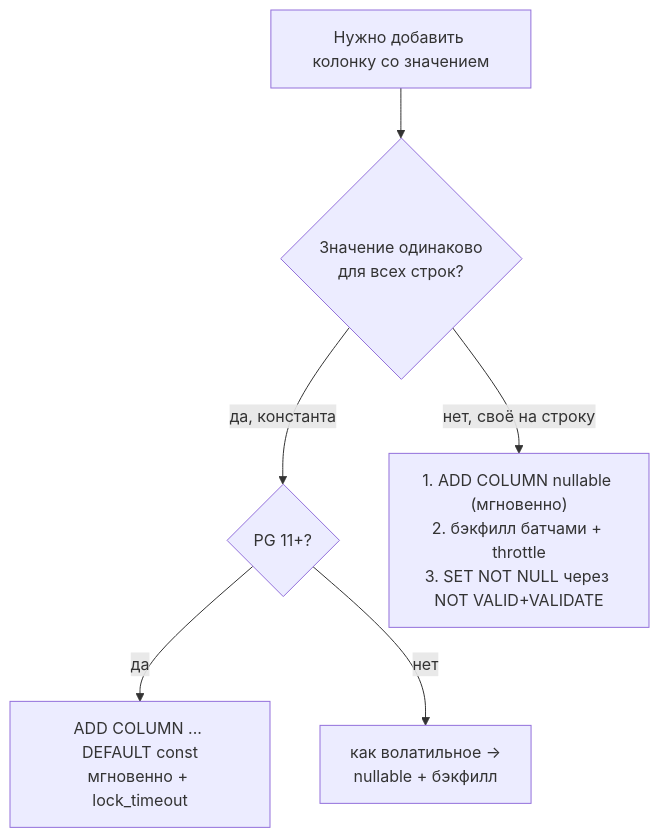
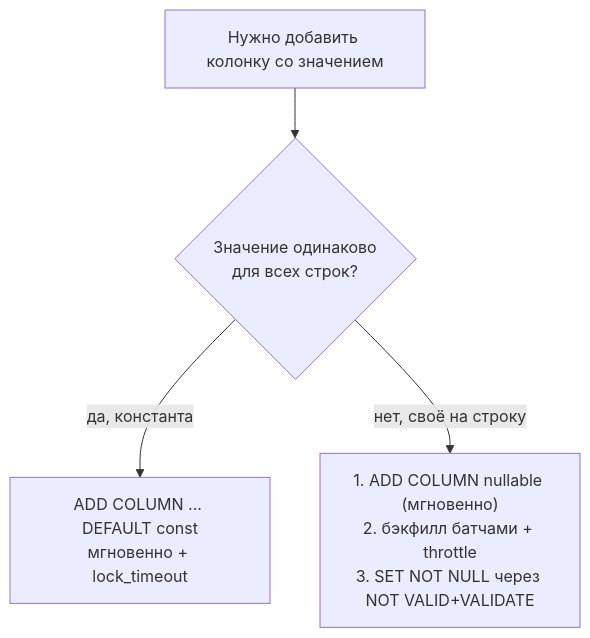
The diagram in docs/senior-golang-study/06-databases/database-systems-catalog/postgresql/highload-scenarios/05-online-schema-migration.md (fev0ks/LearnGoLang), drawn with Mermaid before and after one commit. The commit also changed other lines of this file and 14 other files, not shown here.

````diff
--- a/docs/senior-golang-study/06-databases/database-systems-catalog/postgresql/highload-scenarios/05-online-schema-migration.md
+++ b/docs/senior-golang-study/06-databases/database-systems-catalog/postgresql/highload-scenarios/05-online-schema-migration.md
@@ -198,8 +196,6 @@
 ```mermaid
 graph TD
     A["Нужно добавить колонку со значением"] --> B{"Значение одинаково<br/>для всех строк?"}
-    B -->|"да, константа"| C{"PG 11+?"}
-    C -->|да| D["ADD COLUMN ... DEFAULT const<br/>мгновенно + lock_timeout"]
-    C -->|нет| E["как волатильное →<br/>nullable + бэкфилл"]
+    B -->|"да, константа"| D["ADD COLUMN ... DEFAULT const<br/>мгновенно + lock_timeout"]
     B -->|"нет, своё на строку"| F["1. ADD COLUMN nullable (мгновенно)<br/>2. бэкфилл батчами + throttle<br/>3. SET NOT NULL через NOT VALID+VALIDATE"]
 ```
````
